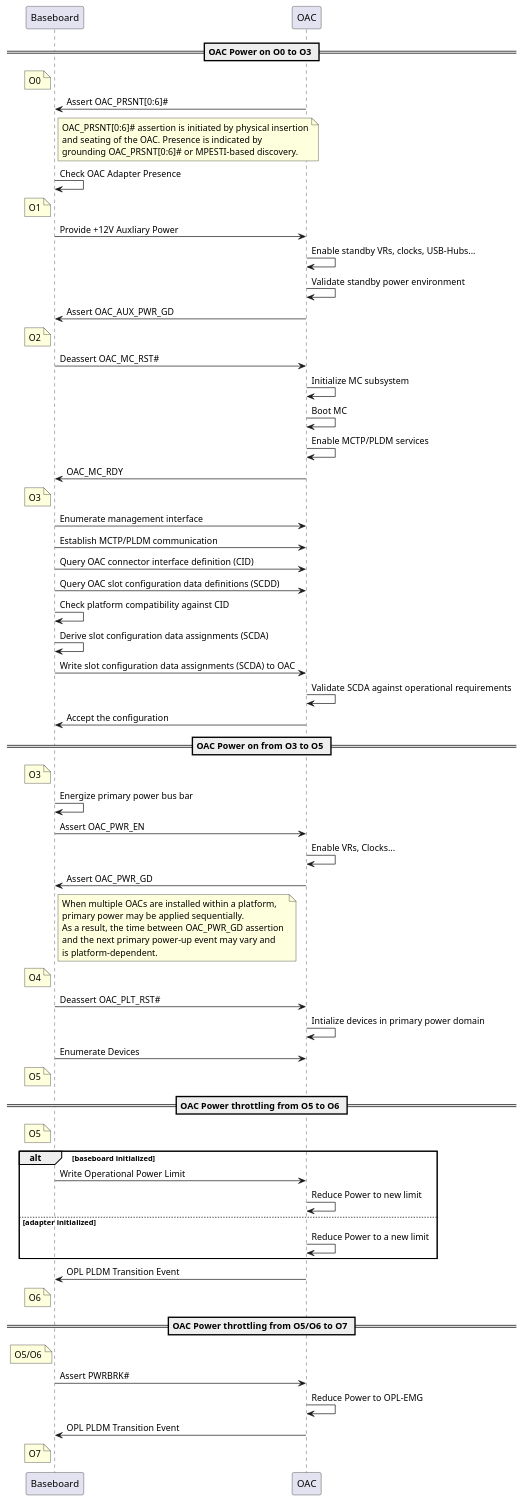
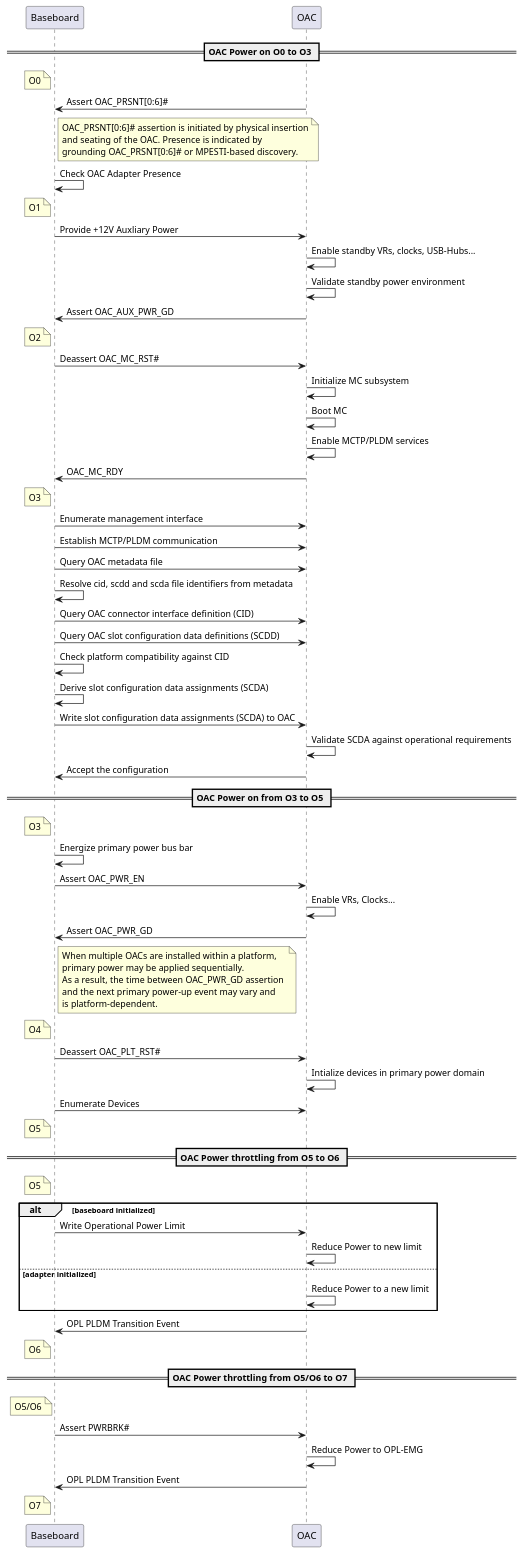
One commit to opencomputeproject/OCP-SVR-OAC-Open_Adapter_Card changed the diagram in base_specification_artifacts/sequencing_uml/OAC_IntializationSequence_Full_v0.9.puml. Above: the diagram before and after it, drawn with PlantUML. The commit also changed 39 other files, not shown here.

```diff
--- a/base_specification_artifacts/sequencing_uml/OAC_IntializationSequence_Full_v0.9.puml
+++ b/base_specification_artifacts/sequencing_uml/OAC_IntializationSequence_Full_v0.9.puml
@@ -1,99 +1,101 @@
 @startuml OAC power up to S5
 
 participant Baseboard
 participant OAC 
 
 == OAC Power on O0 to O3 ==
 note left of Baseboard
 O0
 end note
 Baseboard <- OAC: Assert OAC_PRSNT[0:6]#
 note right of Baseboard
 OAC_PRSNT[0:6]# assertion is initiated by physical insertion
 and seating of the OAC. Presence is indicated by
 grounding OAC_PRSNT[0:6]# or MPESTI-based discovery.
 end note
 Baseboard -> Baseboard: Check OAC Adapter Presence
 note left of Baseboard
 O1
 end note
 Baseboard -> OAC: Provide +12V Auxliary Power
 OAC -> OAC: Enable standby VRs, clocks, USB-Hubs...
 OAC -> OAC: Validate standby power environment
 OAC -> Baseboard: Assert OAC_AUX_PWR_GD
 note left of Baseboard
 O2
 end note
 Baseboard -> OAC: Deassert OAC_MC_RST#
 OAC -> OAC: Initialize MC subsystem
 OAC -> OAC: Boot MC
 OAC -> OAC: Enable MCTP/PLDM services
 OAC -> Baseboard: OAC_MC_RDY
 note left of Baseboard
 O3
 end note
 Baseboard -> OAC: Enumerate management interface
 Baseboard -> OAC: Establish MCTP/PLDM communication
+Baseboard -> OAC: Query OAC metadata file
+Baseboard -> Baseboard: Resolve cid, scdd and scda file identifiers from metadata
 Baseboard -> OAC: Query OAC connector interface definition (CID)
 Baseboard -> OAC: Query OAC slot configuration data definitions (SCDD)
 Baseboard -> Baseboard: Check platform compatibility against CID
 Baseboard -> Baseboard: Derive slot configuration data assignments (SCDA)
 Baseboard -> OAC: Write slot configuration data assignments (SCDA) to OAC
 OAC -> OAC: Validate SCDA against operational requirements
 OAC -> Baseboard: Accept the configuration
 
 == OAC Power on from O3 to O5 ==
 note left of Baseboard
 O3
 end note
 Baseboard -> Baseboard: Energize primary power bus bar
 Baseboard -> OAC: Assert OAC_PWR_EN
 OAC -> OAC: Enable VRs, Clocks...
 OAC -> Baseboard: Assert OAC_PWR_GD
 note right of Baseboard
 When multiple OACs are installed within a platform, 
 primary power may be applied sequentially. 
 As a result, the time between OAC_PWR_GD assertion 
 and the next primary power-up event may vary and 
 is platform-dependent.
 end note
 note left of Baseboard
 O4
 end note
 
 Baseboard -> OAC: Deassert OAC_PLT_RST#
 OAC -> OAC: Intialize devices in primary power domain
 Baseboard -> OAC: Enumerate Devices
 note left of Baseboard
 O5
 end note
 
 == OAC Power throttling from O5 to O6 ==
 note left of Baseboard
 O5
 end note
 alt baseboard initialized
 Baseboard -> OAC: Write Operational Power Limit
 OAC -> OAC: Reduce Power to new limit
 else adapter initialized
 OAC -> OAC: Reduce Power to a new limit
 end
 OAC -> Baseboard: OPL PLDM Transition Event
 note left of Baseboard
 O6
 end note
 == OAC Power throttling from O5/O6 to O7 ==
 note left of Baseboard
 O5/O6
 end note
 Baseboard -> OAC: Assert PWRBRK#
 OAC -> OAC: Reduce Power to OPL-EMG
 OAC -> Baseboard: OPL PLDM Transition Event
 note left of Baseboard
 O7
 end note
 
 
 
 
 @enduml
```
